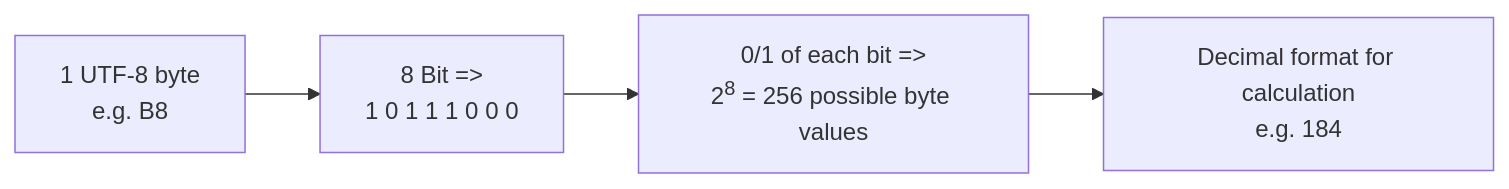
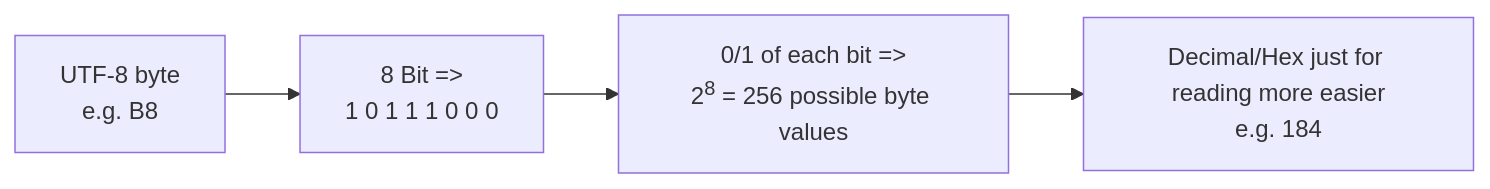
One commit to ChrisZhu2050/chriszhu2050.github.io changed the fourth of 10 diagrams in index.md. Above: the diagram before and after it, drawn with Mermaid. The commit also changed other lines of this file, not shown here.

````diff
--- a/index.md
+++ b/index.md
@@ -126,8 +126,8 @@
       ```mermaid
         graph LR
-            A["`1 UTF-8 byte
+            A["`UTF-8 byte
             e.g. B8`"] --> B["8 Bit => 
             1 0 1 1 1 0 0 0"] --> C["`0/1 of each bit =>
-            2<sup>8</sup> = 256 possible byte values`"] --> D["`Decimal format for calculation
+            2<sup>8</sup> = 256 possible byte values`"] --> D["`Decimal/Hex just for reading more easier
             e.g. 184`"]
       ```
````
